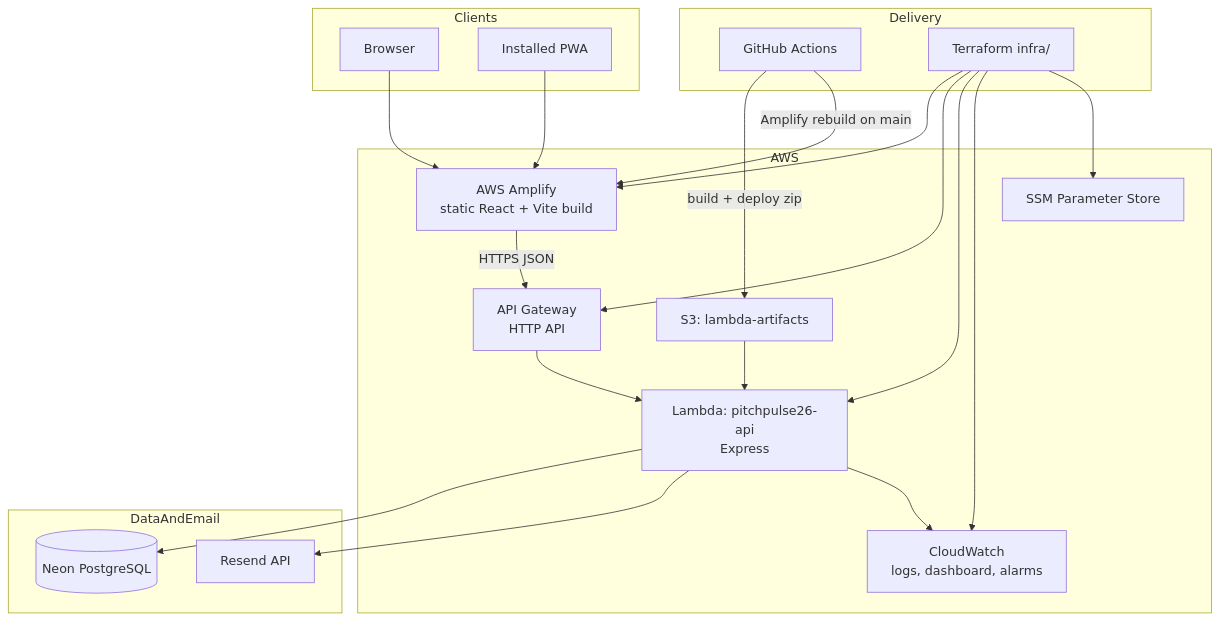
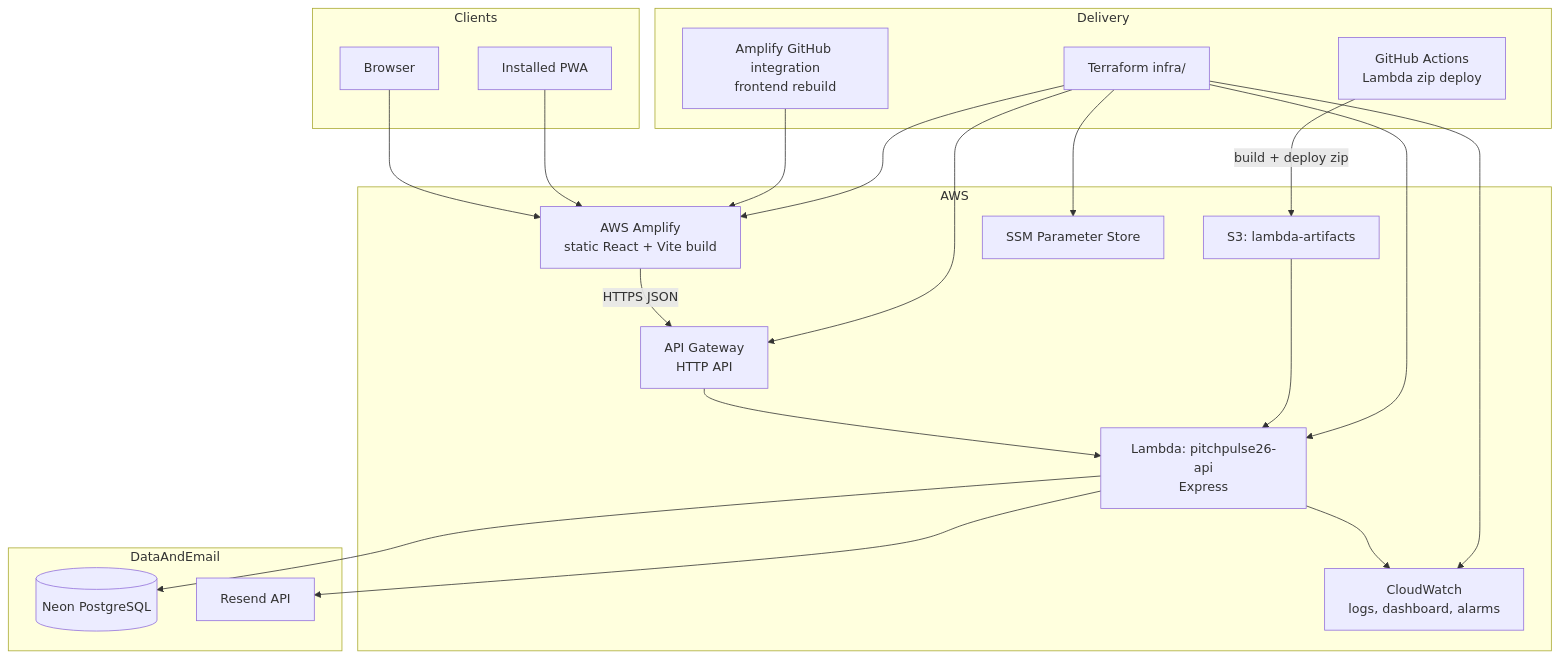
Before and after one commit to gerardinhoo/PitchPulse26: the first of 3 diagrams in docs/architecture.md, drawn with Mermaid. The commit also changed 13 other files, not shown here.

````diff
--- a/docs/architecture.md
+++ b/docs/architecture.md
@@ -7,42 +7,43 @@
 ```mermaid
 flowchart TB
   subgraph Clients
     Browser[Browser]
     PWA[Installed PWA]
   end
 
   subgraph AWS
     Amplify[AWS Amplify<br/>static React + Vite build]
     APIGW[API Gateway<br/>HTTP API]
     Lambda[Lambda: pitchpulse26-api<br/>Express]
     CW[CloudWatch<br/>logs, dashboard, alarms]
     S3[S3: lambda-artifacts]
     SSM[SSM Parameter Store]
   end
 
   subgraph DataAndEmail
     Neon[(Neon PostgreSQL)]
     Resend[Resend API]
   end
 
   subgraph Delivery
-    GH[GitHub Actions]
+    GH[GitHub Actions<br/>Lambda zip deploy]
+    AmplifyGit[Amplify GitHub integration<br/>frontend rebuild]
     TF[Terraform infra/]
   end
 
   Browser --> Amplify
   PWA --> Amplify
   Amplify -->|HTTPS JSON| APIGW
   APIGW --> Lambda
   Lambda --> Neon
   Lambda --> Resend
   Lambda --> CW
   GH -->|build + deploy zip| S3
   S3 --> Lambda
-  GH -->|Amplify rebuild on main| Amplify
+  AmplifyGit --> Amplify
   TF --> Amplify
   TF --> APIGW
   TF --> Lambda
   TF --> CW
   TF --> SSM
 ```
````
